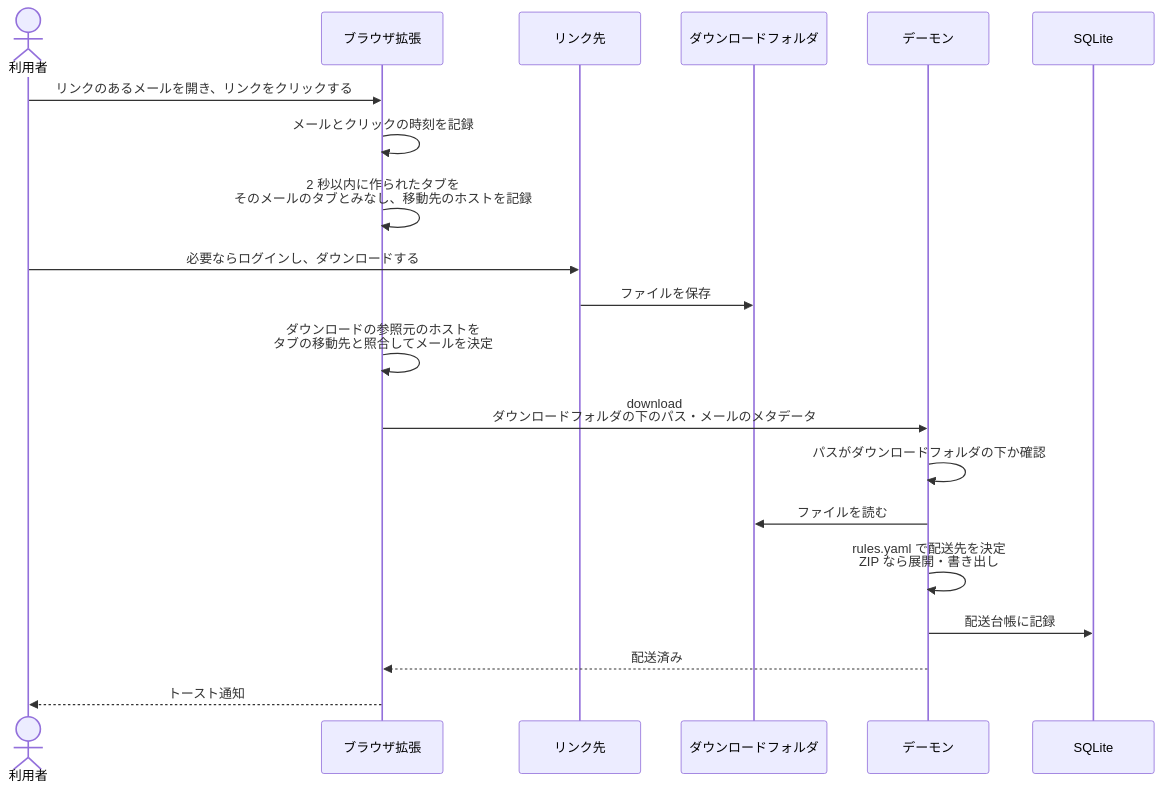
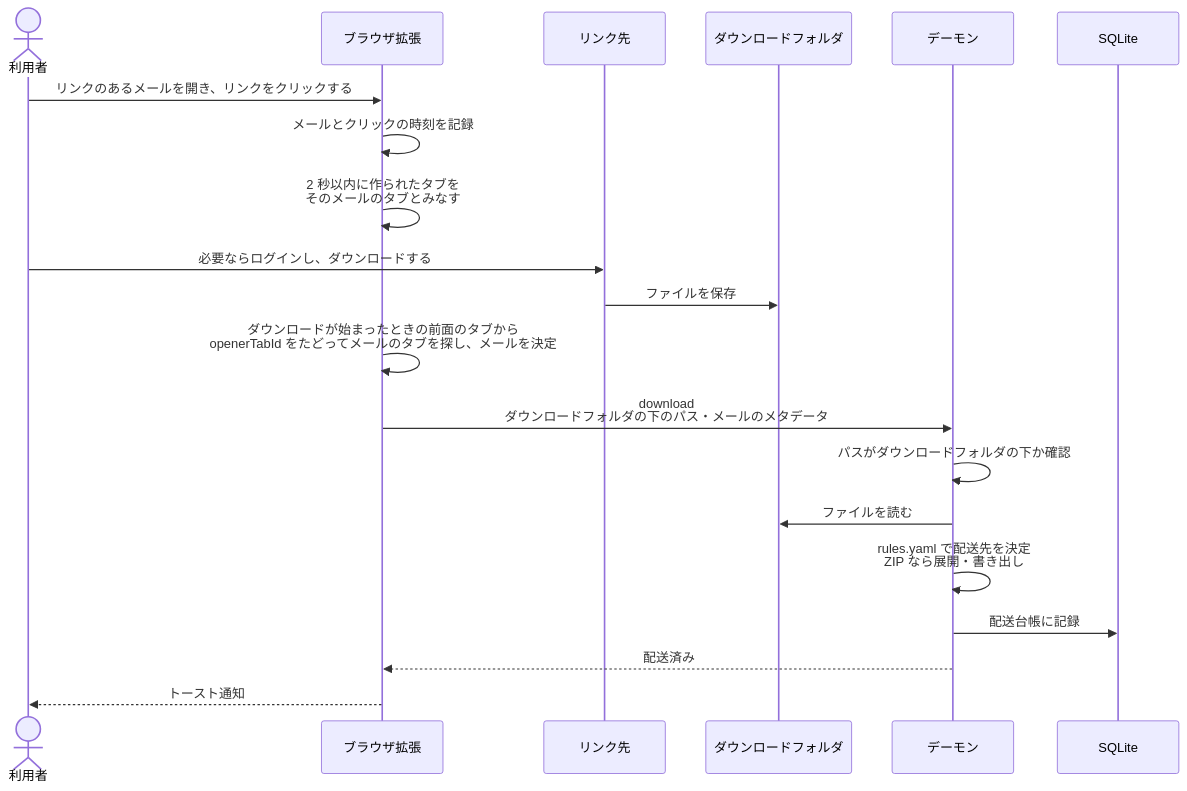
The fourth of 5 diagrams in docs/ARCHITECTURE.md (ShortArrow/ppapd), drawn with Mermaid before and after one commit. The commit also changed other lines of this file, not shown here.

Commit message:
docs: ダウンロードリンクの処理の流れを前面のタブでの対応付けに合わせる
要件定義書の F-1.7 を前面のタブでの対応付けに書き直したが、アーキテクチャの図と段落は参照元のホストでの照合のままだった。

````diff
--- a/docs/ARCHITECTURE.md
+++ b/docs/ARCHITECTURE.md
@@ -104,23 +104,23 @@
 ```mermaid
 sequenceDiagram
     actor U as 利用者
     participant US as ブラウザ拡張
     participant L as リンク先
     participant DL as ダウンロードフォルダ
     participant D as デーモン
     participant DB as SQLite
 
     U->>US: リンクのあるメールを開き、リンクをクリックする
     US->>US: メールとクリックの時刻を記録
-    US->>US: 2 秒以内に作られたタブを<br/>そのメールのタブとみなし、移動先のホストを記録
+    US->>US: 2 秒以内に作られたタブを<br/>そのメールのタブとみなす
     U->>L: 必要ならログインし、ダウンロードする
     L->>DL: ファイルを保存
-    US->>US: ダウンロードの参照元のホストを<br/>タブの移動先と照合してメールを決定
+    US->>US: ダウンロードが始まったときの前面のタブから<br/>openerTabId をたどってメールのタブを探し、メールを決定
     US->>D: download<br/>ダウンロードフォルダの下のパス・メールのメタデータ
     D->>D: パスがダウンロードフォルダの下か確認
     D->>DL: ファイルを読む
     D->>D: rules.yaml で配送先を決定<br/>ZIP なら展開・書き出し
     D->>DB: 配送台帳に記録
     D-->>US: 配送済み
     US-->>U: トースト通知
 ```
````
